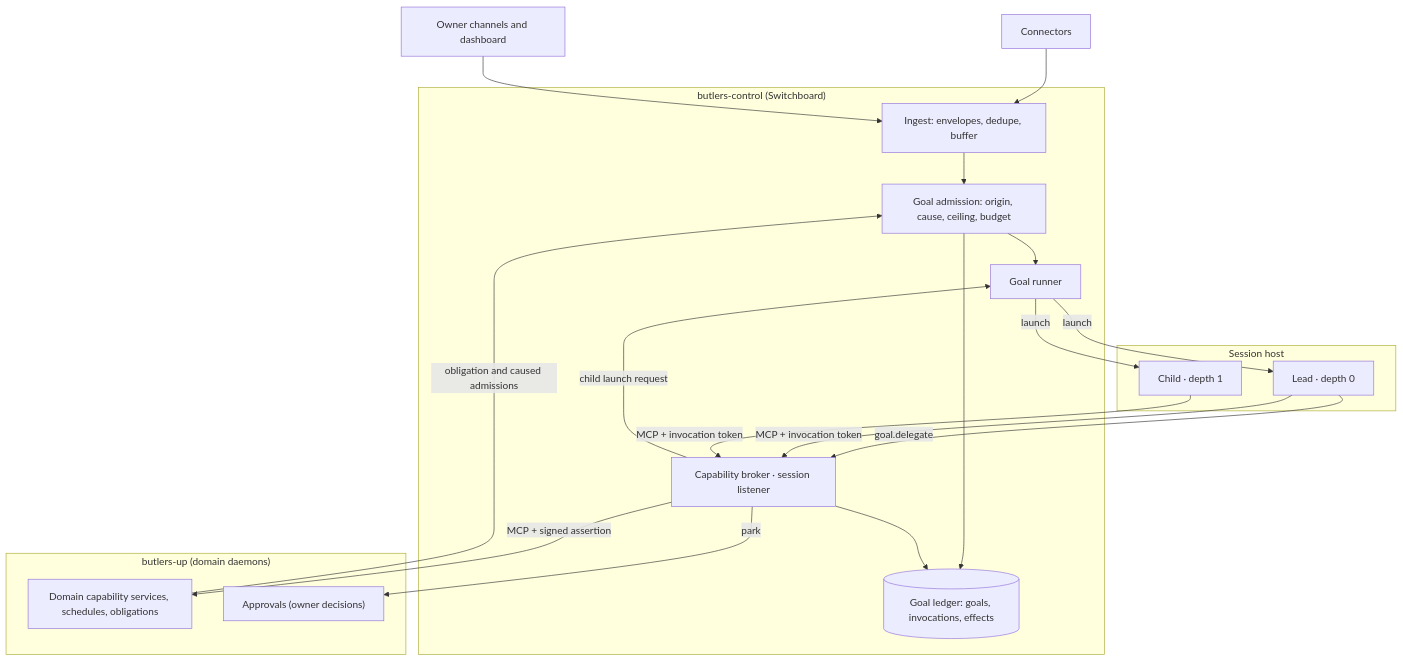
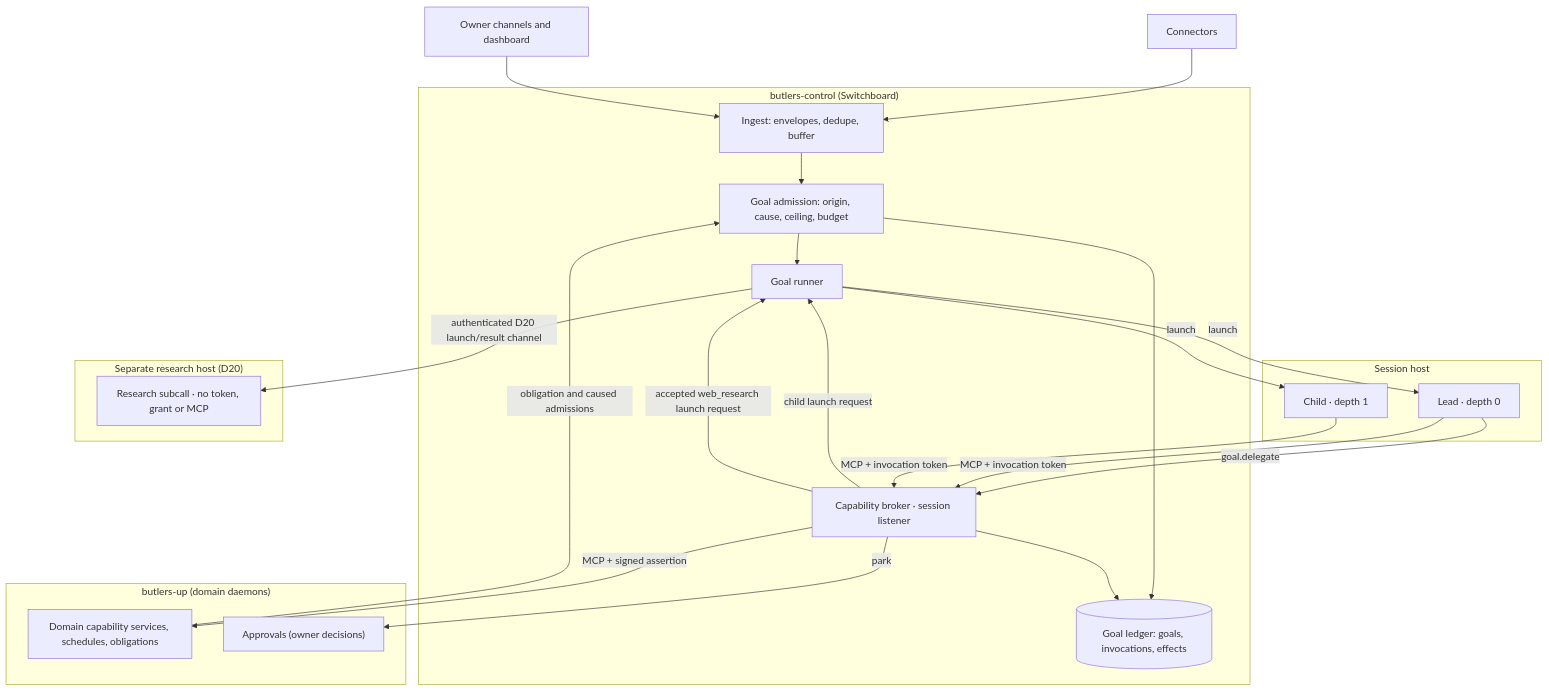
Before and after one commit to tzeusy-org/butlers: the diagram in about/legends-and-lore/rfcs/0038-goal-runtime-and-capability-authorization.md, drawn with Mermaid. The commit also changed other lines of this file and 8 other files, not shown here.

First line of the commit message:
docs: propose brokered goal web research (D20) [bu-6qaju2.1]

````diff
--- a/about/legends-and-lore/rfcs/0038-goal-runtime-and-capability-authorization.md
+++ b/about/legends-and-lore/rfcs/0038-goal-runtime-and-capability-authorization.md
@@ -140,33 +145,38 @@
 ```mermaid
 flowchart TB
     subgraph Control["butlers-control (Switchboard)"]
         Ingest["Ingest: envelopes, dedupe, buffer"]
         Admit["Goal admission: origin, cause, ceiling, budget"]
         Ledger[("Goal ledger: goals, invocations, effects")]
         Runner["Goal runner"]
         Broker["Capability broker · session listener"]
     end
     subgraph SessionHost["Session host"]
         Lead["Lead · depth 0"]
         Child["Child · depth 1"]
+    end
+    subgraph ResearchHost["Separate research host (D20)"]
+        Research["Research subcall · no token, grant or MCP"]
     end
     subgraph Up["butlers-up (domain daemons)"]
         Domains["Domain capability services, schedules, obligations"]
         Approvals["Approvals (owner decisions)"]
     end
     Conn["Connectors"] --> Ingest
     Owner["Owner channels and dashboard"] --> Ingest
     Ingest --> Admit
     Domains -->|"obligation and caused admissions"| Admit
     Admit --> Ledger
     Admit --> Runner
     Runner -->|"launch"| Lead
     Lead -->|"goal.delegate"| Broker
     Broker -->|"child launch request"| Runner
     Runner -->|"launch"| Child
+    Broker -->|"accepted web_research launch request"| Runner
+    Runner -->|"authenticated D20 launch/result channel"| Research
     Lead -->|"MCP + invocation token"| Broker
     Child -->|"MCP + invocation token"| Broker
     Broker -->|"MCP + signed assertion"| Domains
     Broker --> Ledger
     Broker -->|"park"| Approvals
 ```
````
